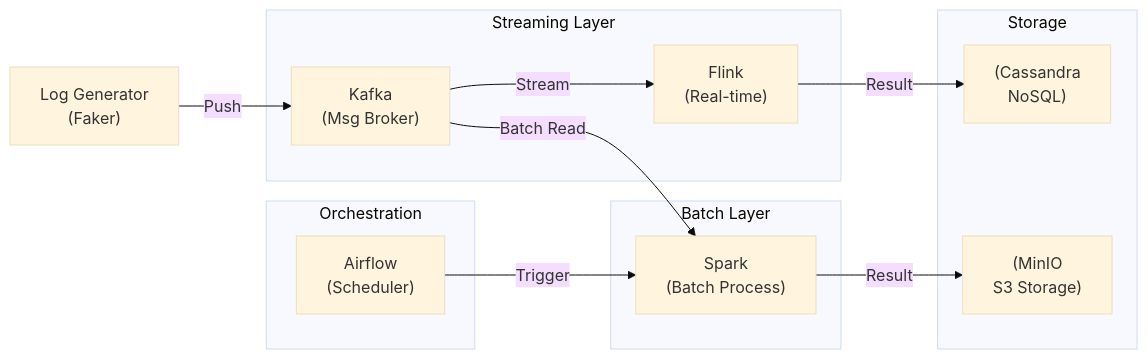
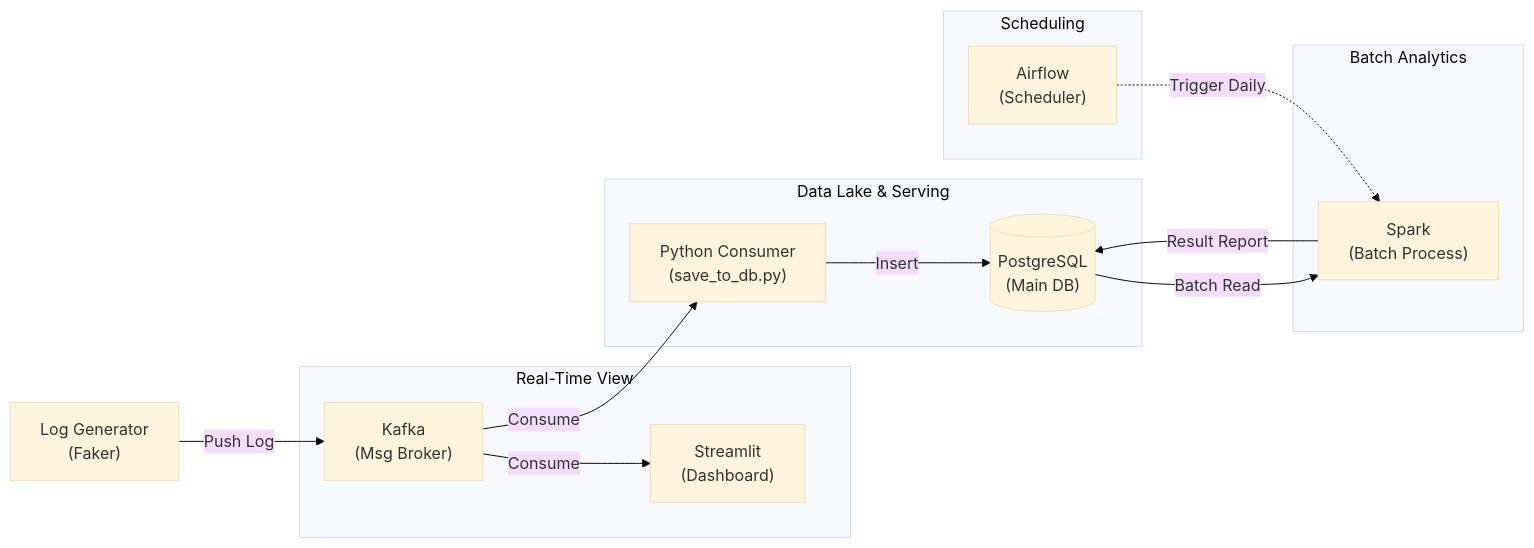
The diagram in 10_Projects/15_Project/00_Project_HomePage.md (hgim96715-lgtm/gong_home), drawn with Mermaid (base theme) before and after one commit. The commit also changed other lines of this file and 1 other file, not shown here.

Commit message:
[Project] Spark로 DB 카테고리별 매출 집계 후 Dashboard 연동  PostgreSQL user_logs → Spark 배치로 카테고리별 집계  report_category_sales 테이블에 저장

````diff
--- a/10_Projects/15_Project/00_Project_HomePage.md
+++ b/10_Projects/15_Project/00_Project_HomePage.md
@@ -19,21 +19,27 @@
 ```mermaid
 graph LR
-    Generator["Log Generator<br>(Faker)"] -->|Push| Kafka["Kafka<br>(Msg Broker)"]
-    
-    subgraph Streaming Layer
-    Kafka -->|Stream| Flink["Flink<br>(Real-time)"]
+    %% 1. 데이터 생성 (Source)
+    Generator["Log Generator<br>(Faker)"] -->|Push Log| Kafka["Kafka<br>(Msg Broker)"]
+
+    %% 2. 실시간 모니터링 (Speed Layer) - 완료!
+    subgraph Real-Time View
+        Kafka -->|Consume| Streamlit["Streamlit<br>(Dashboard)"]
     end
-    
-    subgraph Batch Layer
-    Kafka -->|Batch Read| Spark["Spark<br>(Batch Process)"]
+
+    %% 3. 데이터 저장 (Storage Layer) - 완료!
+    subgraph Data Lake & Serving
+        Kafka -->|Consume| PyConsumer["Python Consumer<br>(save_to_db.py)"]
+        PyConsumer -->|Insert| DB[("PostgreSQL<br>(Main DB)")]
     end
-    
-    subgraph Storage
-    Flink -->|Result| Cassandra["(Cassandra<br>NoSQL)"]
-    Spark -->|Result| MinIO["(MinIO<br>S3 Storage)"]
+
+    %% 4. 배치 분석 (Batch Layer) - [NEXT STEP]
+    subgraph Batch Analytics
+        DB -->|Batch Read| Spark["Spark<br>(Batch Process)"]
+        Spark -->|Result Report| DB
     end
-    
-    subgraph Orchestration
-    Airflow["Airflow<br>(Scheduler)"] -->|Trigger| Spark
+
+    %% 5. 자동화 (Orchestration) - [FINAL STEP]
+    subgraph Scheduling
+        Airflow["Airflow<br>(Scheduler)"] -.->|Trigger Daily| Spark
     end
 ```
````
